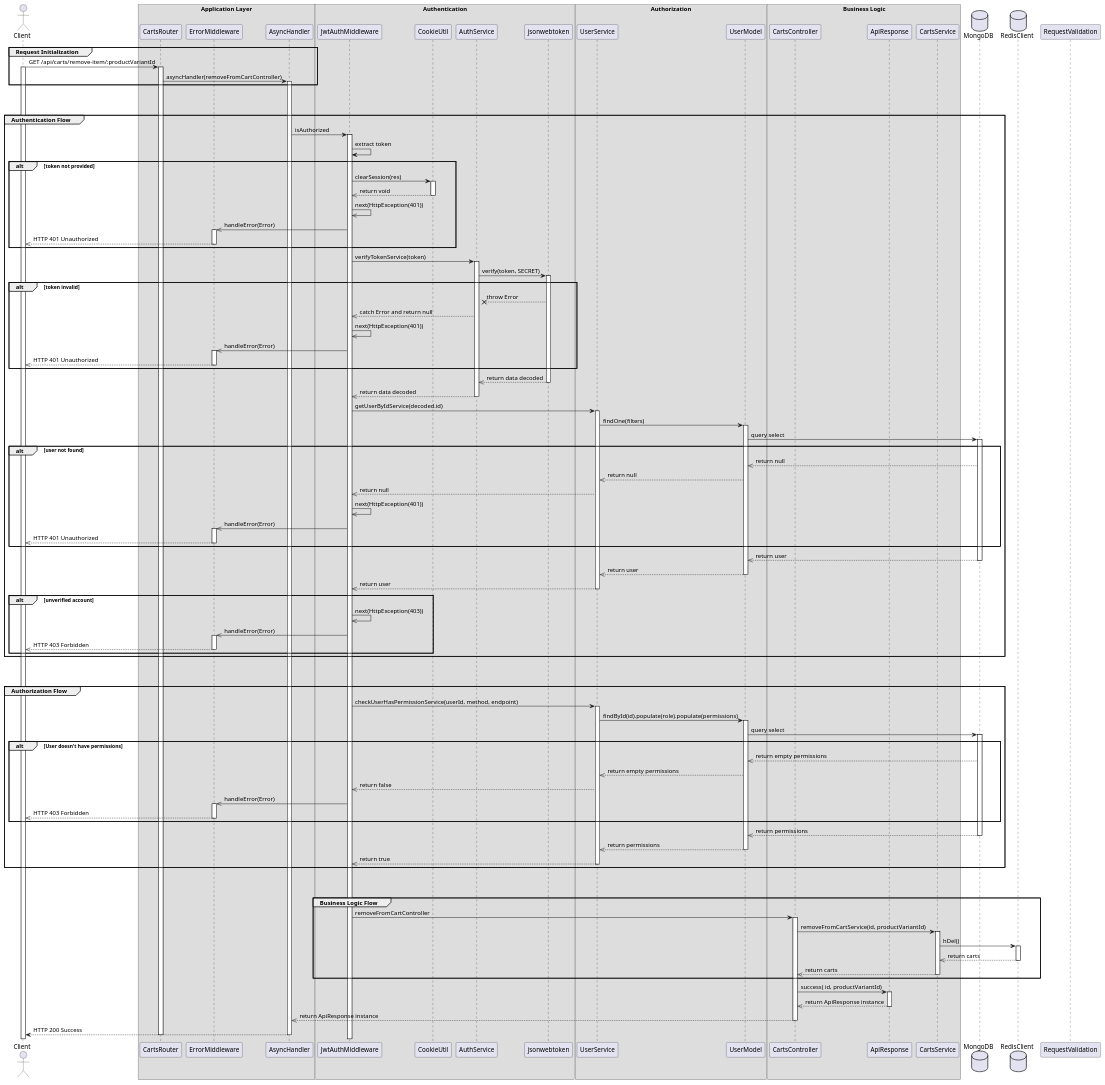
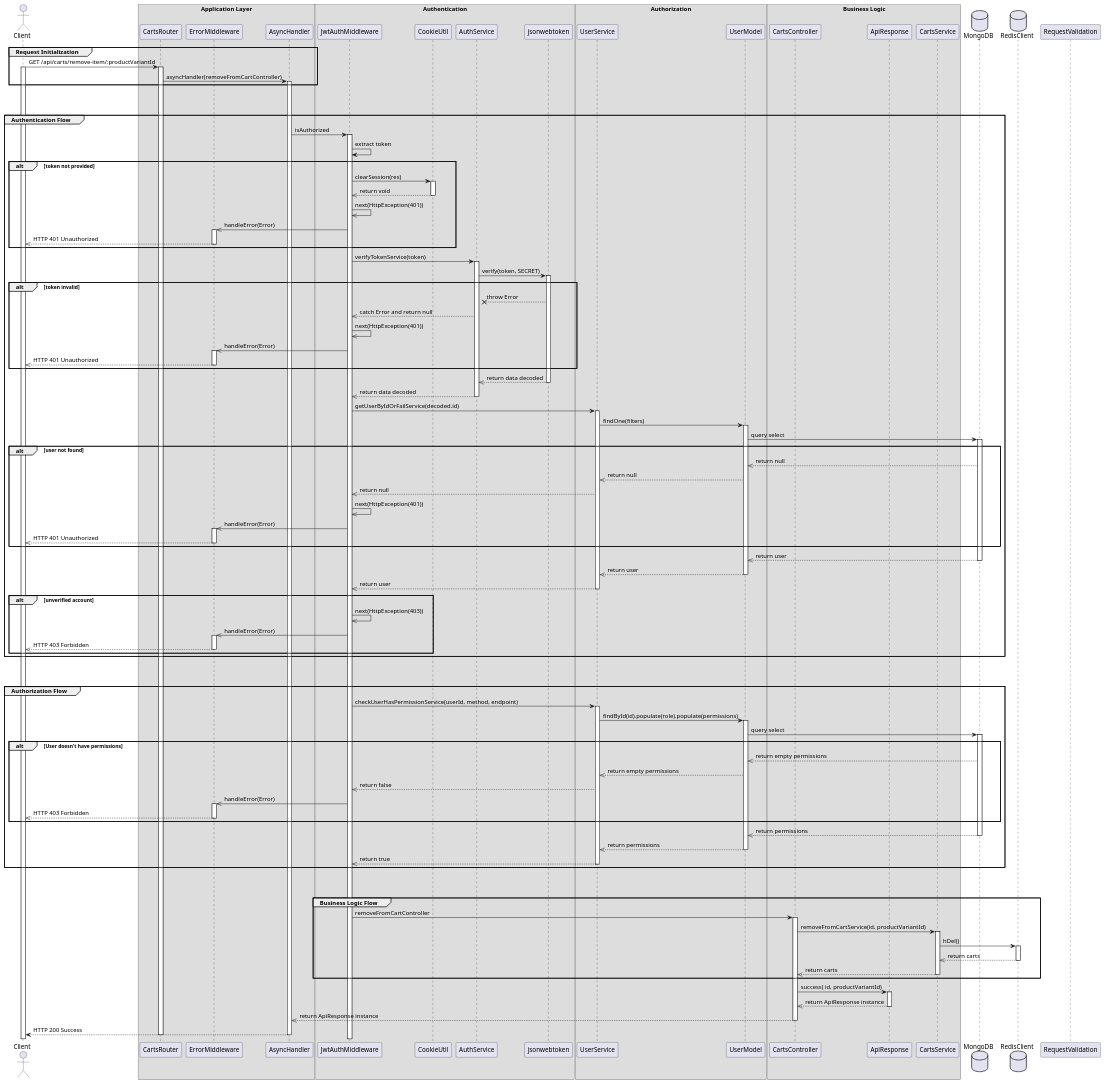
The diagram in docs/sequences/UC06-ManageCart/UC06.3-RemoveCart.wsd (hiusnguyen201/BE_ClothingShop), drawn with PlantUML before and after one commit. The commit also changed 179 other files, not shown here.

```diff
--- a/docs/sequences/UC06-ManageCart/UC06.3-RemoveCart.wsd
+++ b/docs/sequences/UC06-ManageCart/UC06.3-RemoveCart.wsd
@@ -1,178 +1,178 @@
 @startuml Remove Item in Cart
 
 actor Client
 
 box "Application Layer"
 participant CartsRouter 
 participant ErrorMiddleware 
 participant AsyncHandler 
 end box
 
 box "Authentication"
 participant JwtAuthMiddleware 
 participant CookieUtil
 participant AuthService
 participant jsonwebtoken
 end box
 
 box "Authorization"
 participant UserService 
 participant UserModel
 end box
 
 box "Business Logic"
 participant CartsController
 participant ApiResponse
 participant CartsService
 end box
 
 database MongoDB
 database RedisClient
 
 ' Step 1
 group Request Initialization
     Client -> CartsRouter: GET /api/carts/remove-item/:productVariantId
     activate Client
     activate CartsRouter
     CartsRouter -> AsyncHandler: asyncHandler(removeFromCartController)
     activate AsyncHandler
 end
 
 break
 break
 
 ' Step 2
 group Authentication Flow
     AsyncHandler -> JwtAuthMiddleware: isAuthorized
     activate JwtAuthMiddleware
 
     JwtAuthMiddleware -> JwtAuthMiddleware: extract token
     alt token not provided
         JwtAuthMiddleware -> CookieUtil: clearSession(res)
         activate CookieUtil
         CookieUtil -->> JwtAuthMiddleware: return void
         deactivate CookieUtil
         JwtAuthMiddleware ->> JwtAuthMiddleware: next(HttpException(401))
         JwtAuthMiddleware ->> ErrorMiddleware: handleError(Error)
         activate ErrorMiddleware
         ErrorMiddleware -->> Client: HTTP 401 Unauthorized
         deactivate ErrorMiddleware
     end 
 
     JwtAuthMiddleware -> AuthService: verifyTokenService(token)
     activate AuthService
     AuthService -> jsonwebtoken: verify(token, SECRET)
     activate jsonwebtoken
     alt token invalid
         jsonwebtoken --x AuthService: throw Error
         AuthService -->> JwtAuthMiddleware: catch Error and return null
         JwtAuthMiddleware ->> JwtAuthMiddleware: next(HttpException(401))
         JwtAuthMiddleware ->> ErrorMiddleware: handleError(Error)
         activate ErrorMiddleware
         ErrorMiddleware -->> Client: HTTP 401 Unauthorized
         deactivate ErrorMiddleware
     end
 
     jsonwebtoken -->> AuthService: return data decoded
     deactivate jsonwebtoken
     AuthService -->> JwtAuthMiddleware: return data decoded
     deactivate AuthService
-    JwtAuthMiddleware -> UserService: getUserByIdService(decoded.id)
+    JwtAuthMiddleware -> UserService: getUserByIdOrFailService(decoded.id)
     activate UserService
     UserService -> UserModel: findOne(filters)
     activate UserModel
     UserModel -> MongoDB: query select
     activate MongoDB
 
     alt user not found
         MongoDB -->> UserModel: return null
         UserModel -->> UserService: return null
         UserService -->> JwtAuthMiddleware: return null
         JwtAuthMiddleware ->> JwtAuthMiddleware: next(HttpException(401))
         JwtAuthMiddleware ->> ErrorMiddleware: handleError(Error)
         activate ErrorMiddleware
         ErrorMiddleware -->> Client: HTTP 401 Unauthorized
         deactivate ErrorMiddleware
     end
 
     MongoDB -->> UserModel: return user
     deactivate MongoDB
     UserModel -->> UserService: return user
     deactivate UserModel
     UserService -->> JwtAuthMiddleware: return user
     deactivate UserService
 
     alt unverified account
         JwtAuthMiddleware ->> JwtAuthMiddleware: next(HttpException(403))
         JwtAuthMiddleware ->> ErrorMiddleware: handleError(Error)
         activate ErrorMiddleware
         ErrorMiddleware -->> Client: HTTP 403 Forbidden
         deactivate ErrorMiddleware
     end
 end
 
 break
 break
 
 ' Step 3
 group Authorization Flow
     JwtAuthMiddleware -> UserService: checkUserHasPermissionService(userId, method, endpoint)
     activate UserService
     UserService -> UserModel: findById(id).populate(role).populate(permissions)
     activate UserModel
     UserModel -> MongoDB: query select
     activate MongoDB
 
     alt User doesn't have permissions 
         MongoDB -->> UserModel: return empty permissions
         UserModel -->> UserService: return empty permissions
         UserService -->> JwtAuthMiddleware: return false
         JwtAuthMiddleware ->> ErrorMiddleware: handleError(Error)
         activate ErrorMiddleware
         ErrorMiddleware -->> Client: HTTP 403 Forbidden
         deactivate ErrorMiddleware
     end
 
     MongoDB -->> UserModel: return permissions
     deactivate MongoDB
     UserModel -->> UserService: return permissions
     deactivate UserModel
     UserService -->> JwtAuthMiddleware: return true
     deactivate UserService
 end
 
 break
 break
 
 
 
 ' Step 4
 group Business Logic Flow
     JwtAuthMiddleware -> CartsController: removeFromCartController
     deactivate RequestValidation
     activate CartsController
     CartsController -> CartsService: removeFromCartService(id, productVariantId)
     activate CartsService
     CartsService -> RedisClient: hDel()
     activate RedisClient
     RedisClient -->> CartsService: return carts 
     deactivate RedisClient
     CartsService -->> CartsController: return carts
     deactivate CartsService
     
 
 end
 
 
 
 CartsController -> ApiResponse: success( id, productVariantId)
 activate ApiResponse
 ApiResponse -->> CartsController: return ApiResponse instance
 deactivate ApiResponse 
 CartsController -->> AsyncHandler: return ApiResponse instance
 deactivate CartsController
 AsyncHandler --> Client: HTTP 200 Success
 deactivate AsyncHandler
 deactivate CartsRouter
 
 @enduml
```
